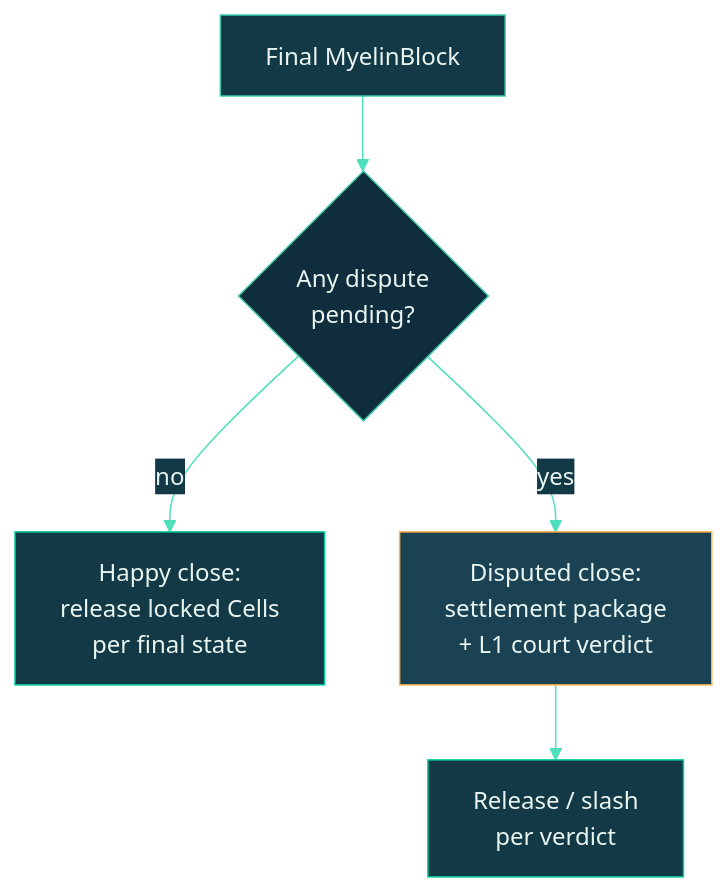
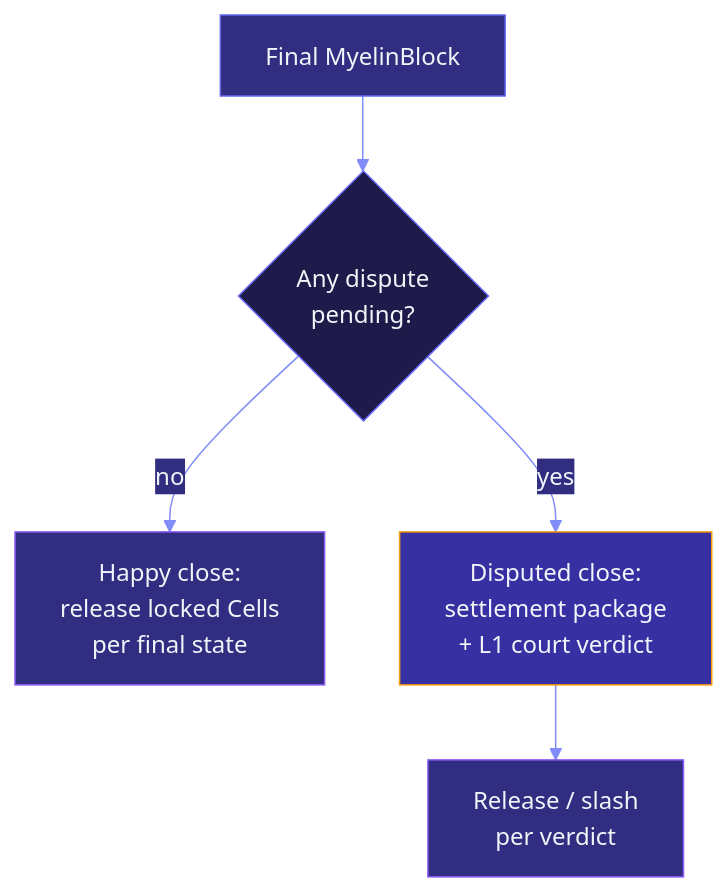
The fourth of 5 diagrams in docs/interactions/session-flow.md (Myelin-Labs/Myelin), drawn with Mermaid before and after one commit. The commit also changed other lines of this file and 31 other files, not shown here.

````diff
--- a/docs/interactions/session-flow.md
+++ b/docs/interactions/session-flow.md
@@ -213,25 +213,25 @@
 ```mermaid
 %%{init: {
   "theme": "base",
   "themeVariables": {
-    "primaryColor": "#0F2D3D",
-    "primaryTextColor": "#E8F5F1",
-    "primaryBorderColor": "#3CCBAA",
-    "lineColor": "#4EE0BC",
-    "secondaryColor": "#143946",
-    "tertiaryColor": "#1A4253"
+    "primaryColor": "#1E1B4B",
+    "primaryTextColor": "#F1F5F9",
+    "primaryBorderColor": "#6366F1",
+    "lineColor": "#818CF8",
+    "secondaryColor": "#312E81",
+    "tertiaryColor": "#3730A3"
   }
 }}%%
 flowchart TB
     A["Final MyelinBlock"]:::l2
     A --> Q{"Any dispute<br/>pending?"}:::q
     Q -- no  --> X["Happy close:<br/>release locked Cells<br/>per final state"]:::good
     Q -- yes --> Y["Disputed close:<br/>settlement package<br/>+ L1 court verdict"]:::warn
     Y --> Z["Release / slash<br/>per verdict"]:::verdict
 
-    classDef l2     fill:#143946,stroke:#3CCBAA,color:#E8F5F1;
-    classDef q      fill:#0F2D3D,stroke:#3CCBAA,color:#E8F5F1;
-    classDef good   fill:#143946,stroke:#00CC9F,color:#E8F5F1;
-    classDef warn   fill:#1A4253,stroke:#FFB347,color:#E8F5F1;
-    classDef verdict fill:#143946,stroke:#00CC9F,color:#E8F5F1;
+    classDef l2     fill:#312E81,stroke:#6366F1,color:#F1F5F9;
+    classDef q      fill:#1E1B4B,stroke:#6366F1,color:#F1F5F9;
+    classDef good   fill:#312E81,stroke:#8B5CF6,color:#F1F5F9;
+    classDef warn   fill:#3730A3,stroke:#F59E0B,color:#F1F5F9;
+    classDef verdict fill:#312E81,stroke:#8B5CF6,color:#F1F5F9;
 ```
````
